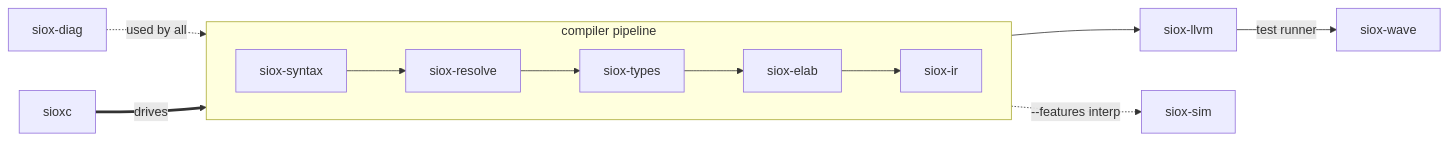
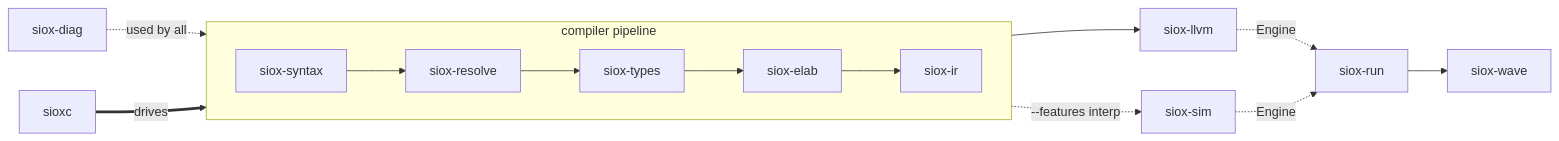
The first of 2 diagrams in docs/architecture.md (Siox-lang/sioxc), drawn with Mermaid before and after one commit. The commit also changed other lines of this file and 12 other files, not shown here.

````diff
--- a/docs/architecture.md
+++ b/docs/architecture.md
@@ -8,12 +8,14 @@
 ```mermaid
 flowchart LR
     subgraph pipeline [compiler pipeline]
         direction LR
         SY[siox-syntax] --> RE[siox-resolve] --> TY[siox-types] --> EL[siox-elab] --> IR[siox-ir]
     end
     IR --> LL[siox-llvm]
-    LL -->|test runner| WA[siox-wave]
-    IR -. "--features interp" .-> SI[siox-sim]
+    LL -. Engine .-> RUN[siox-run]
+    SI[siox-sim] -. Engine .-> RUN
+    RUN --> WA[siox-wave]
+    IR -. "--features interp" .-> SI
     DIAG[siox-diag] -. used by all .-> pipeline
     CLI[sioxc] == drives ==> pipeline
 ```
````
